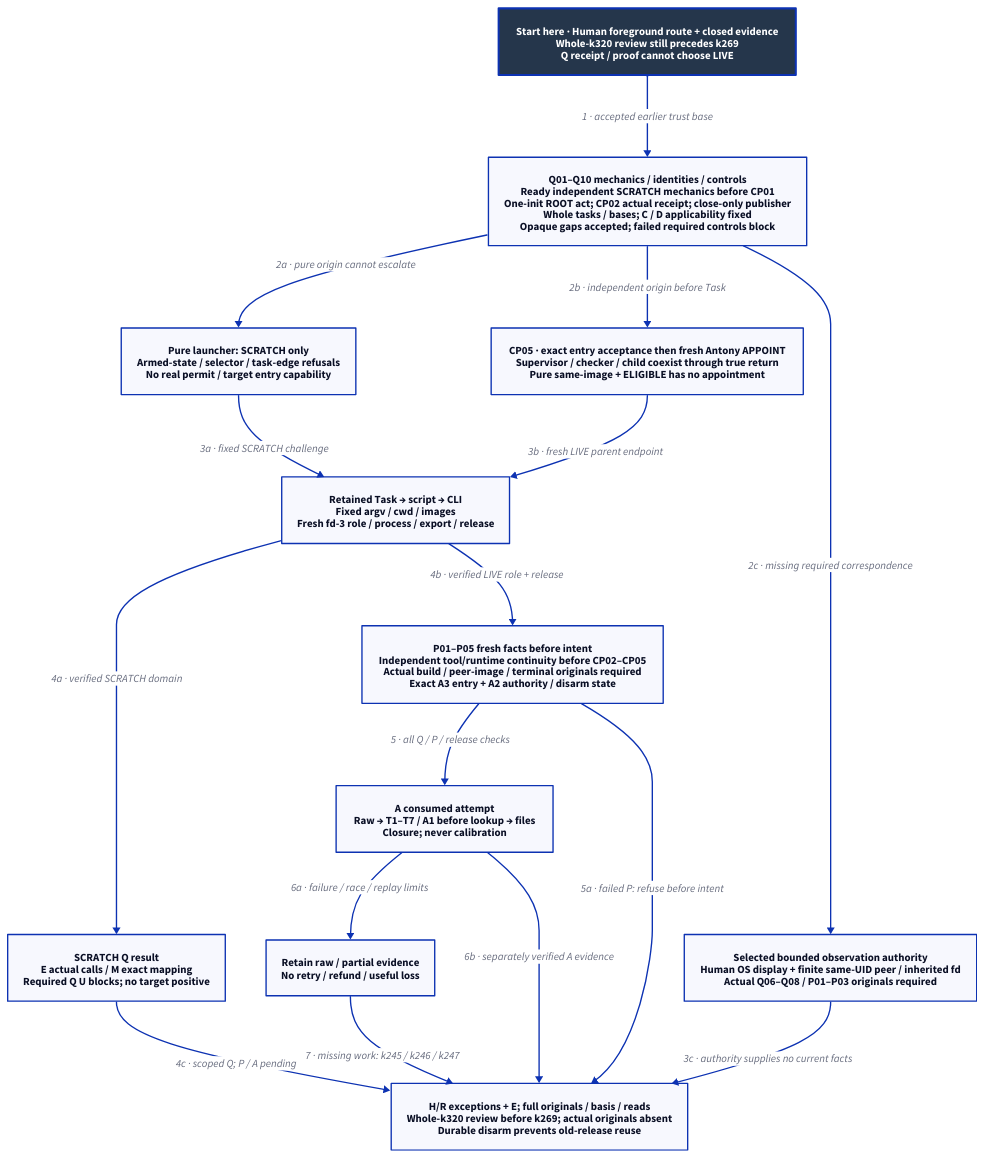
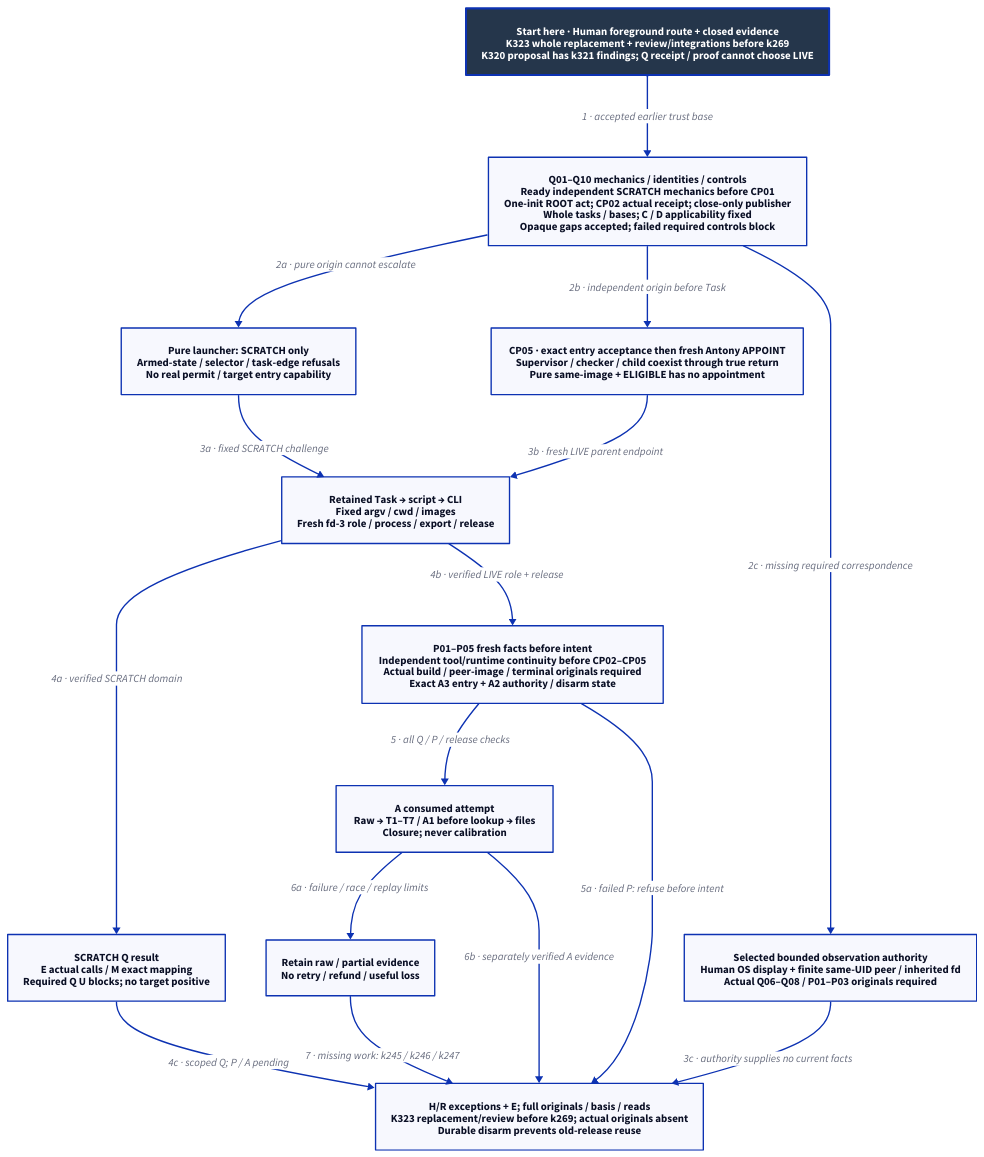
Before and after one commit to Linkuistics/Koine: the diagram in docs/design/architecture/native-reference-packaging.d2, drawn with D2. The commit also changed 48 other files, not shown here.

Commit message:
Integrate practical admission review and place its complete repair (reference-evidence-practical-admission-k322)

```diff
--- a/docs/design/architecture/native-reference-packaging.d2
+++ b/docs/design/architecture/native-reference-packaging.d2
@@ -1,31 +1,31 @@
 # Proposed staged credit; no artifact, release or operation is qualified.
 direction: down
 classes: {
   start: {style: {fill: "#25364B"; font-color: "#FFFFFF"; bold: true; stroke-width: 3}}
 }
-Start: "Start here · Human foreground route + closed evidence\nWhole-k320 review still precedes k269\nQ receipt / proof cannot choose LIVE" {class: start}
+Start: "Start here · Human foreground route + closed evidence\nK323 whole replacement + review/integrations before k269\nK320 proposal has k321 findings; Q receipt / proof cannot choose LIVE" {class: start}
 Ready: "Q01–Q10 mechanics / identities / controls\nReady independent SCRATCH mechanics before CP01\nOne-init ROOT act; CP02 actual receipt; close-only publisher\nWhole tasks / bases; C / D applicability fixed\nOpaque gaps accepted; failed required controls block"
 Task: "Retained Task → script → CLI\nFixed argv / cwd / images\nFresh fd-3 role / process / export / release"
 Scratch: "Pure launcher: SCRATCH only\nArmed-state / selector / task-edge refusals\nNo real permit / target entry capability"
 Live: "CP05 · exact entry acceptance then fresh Antony APPOINT\nSupervisor / checker / child coexist through true return\nPure same-image + ELIGIBLE has no appointment"
 Proof: "SCRATCH Q result\nE actual calls / M exact mapping\nRequired Q U blocks; no target positive"
 Preflight: "P01–P05 fresh facts before intent\nIndependent tool/runtime continuity before CP02–CP05\nActual build / peer-image / terminal originals required\nExact A3 entry + A2 authority / disarm state"
 Attempt: "A consumed attempt\nRaw → T1–T7 / A1 before lookup → files\nClosure; never calibration"
 Failure: "Retain raw / partial evidence\nNo retry / refund / useful loss"
 Route: "Selected bounded observation authority\nHuman OS display + finite same-UID peer / inherited fd\nActual Q06–Q08 / P01–P03 originals required"
-Final: "H/R exceptions + E; full originals / basis / reads\nWhole-k320 review before k269; actual originals absent\nDurable disarm prevents old-release reuse"
+Final: "H/R exceptions + E; full originals / basis / reads\nK323 replacement/review before k269; actual originals absent\nDurable disarm prevents old-release reuse"
 Start -> Ready: "1 · accepted earlier trust base"
 Ready -> Scratch: "2a · pure origin cannot escalate"
 Ready -> Live: "2b · independent origin before Task"
 Scratch -> Task: "3a · fixed SCRATCH challenge"
 Live -> Task: "3b · fresh LIVE parent endpoint"
 Task -> Proof: "4a · verified SCRATCH domain"
 Proof -> Final: "4c · scoped Q; P / A pending"
 Task -> Preflight: "4b · verified LIVE role + release"
 Preflight -> Attempt: "5 · all Q / P / release checks"
 Preflight -> Final: "5a · failed P: refuse before intent"
 Ready -> Route: "2c · missing required correspondence"
 Route -> Final: "3c · authority supplies no current facts"
 Attempt -> Failure: "6a · failure / race / replay limits"
 Attempt -> Final: "6b · separately verified A evidence"
 Failure -> Final: "7 · missing work: k245 / k246 / k247"
```
